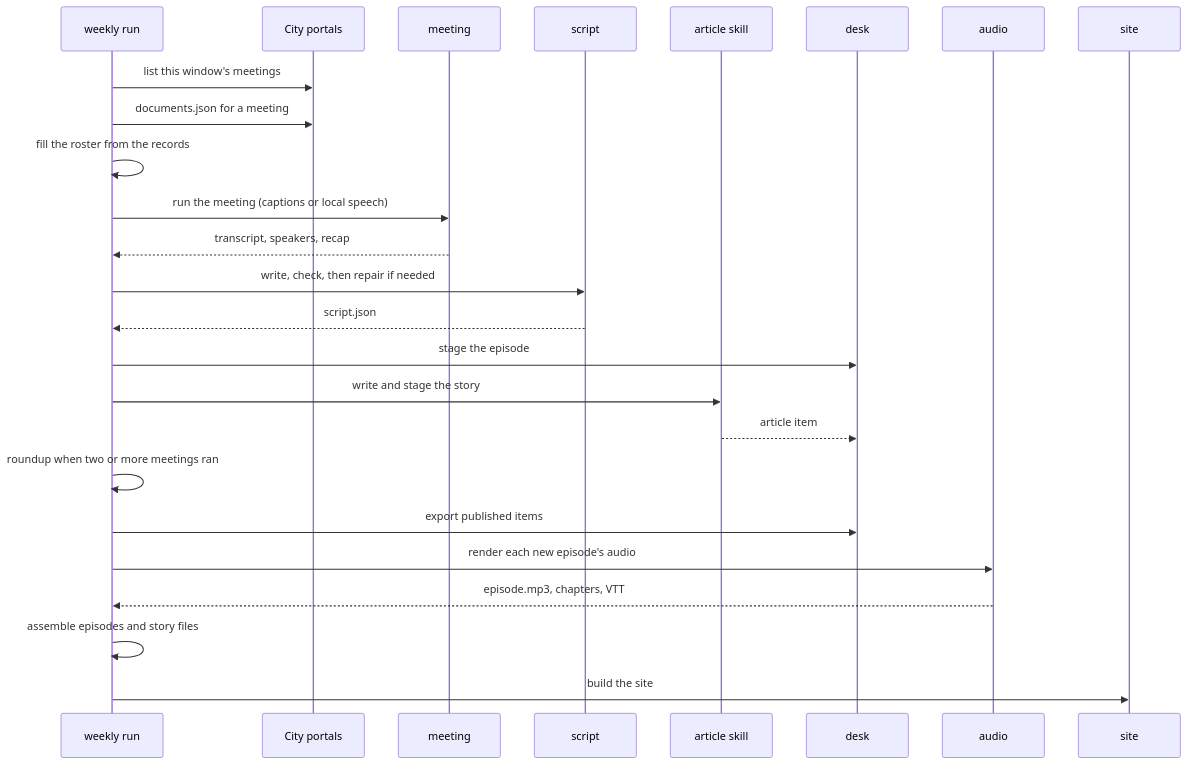
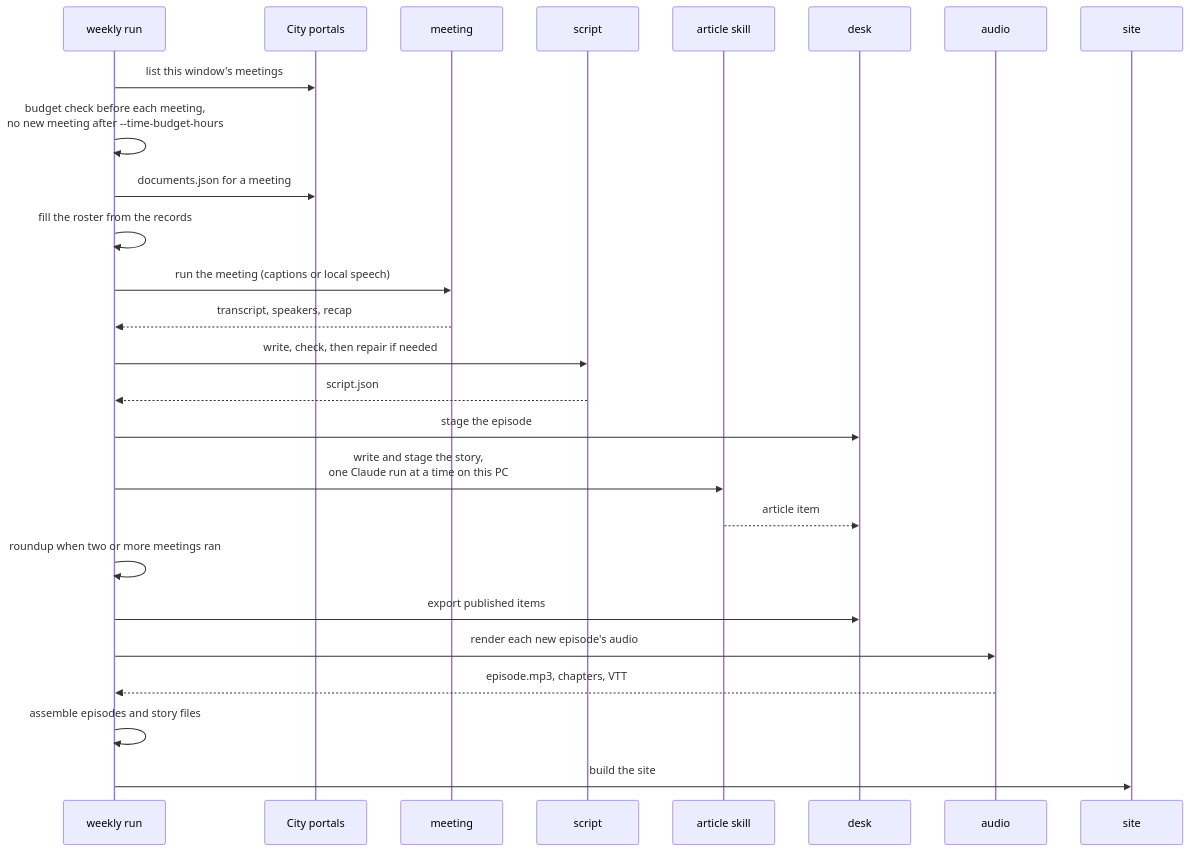
The fifth of 11 diagrams in docs/user-manual.md (scottconverse/civiccast-brief), drawn with Mermaid before and after one commit. The commit also changed other lines of this file and 10 other files, not shown here.

````diff
--- a/docs/user-manual.md
+++ b/docs/user-manual.md
@@ -659,27 +763,28 @@
 ```mermaid
 sequenceDiagram
     participant W as weekly run
     participant P as City portals
     participant M as meeting
     participant S as script
     participant A as article skill
     participant D as desk
     participant U as audio
     participant G as site
     W->>P: list this window's meetings
+    W->>W: budget check before each meeting,<br/>no new meeting after --time-budget-hours
     W->>P: documents.json for a meeting
     W->>W: fill the roster from the records
     W->>M: run the meeting (captions or local speech)
     M-->>W: transcript, speakers, recap
     W->>S: write, check, then repair if needed
     S-->>W: script.json
     W->>D: stage the episode
-    W->>A: write and stage the story
+    W->>A: write and stage the story,<br/>one Claude run at a time on this PC
     A-->>D: article item
     W->>W: roundup when two or more meetings ran
     W->>D: export published items
     W->>U: render each new episode's audio
     U-->>W: episode.mp3, chapters, VTT
     W->>W: assemble episodes and story files
     W->>G: build the site
 ```
````
